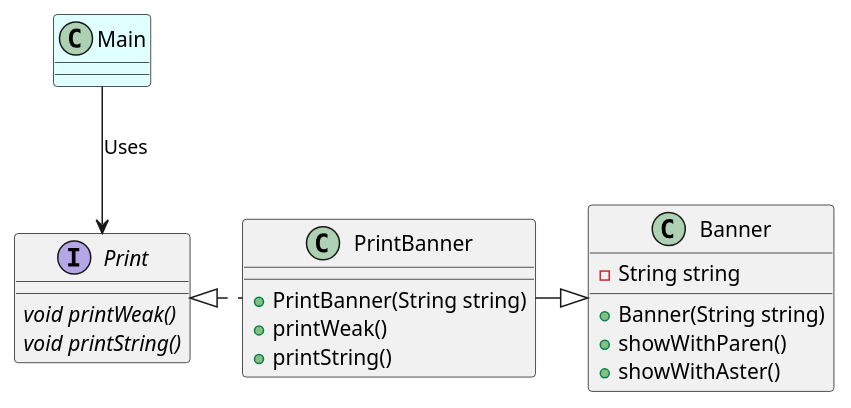
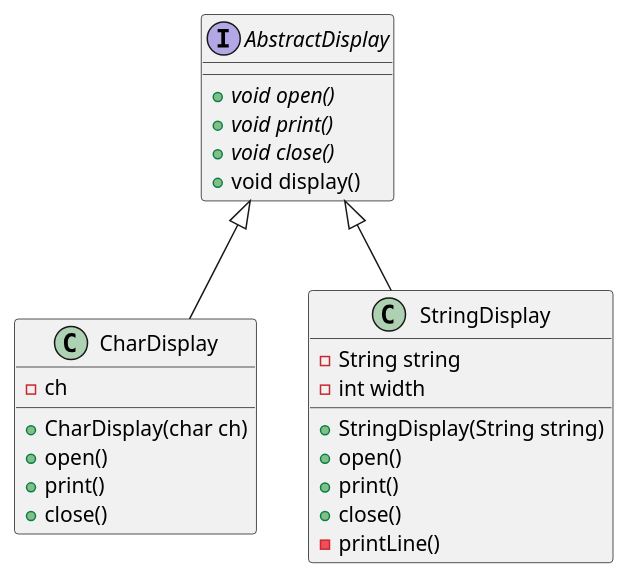
Before and after one commit to ku2ma2/design_pattern: the diagram in Template/README.md, drawn with PlantUML.

Commit message:
modified plantuml

````diff
--- a/Template/README.md
+++ b/Template/README.md
@@ -4,32 +4,35 @@
 ```uml
 @startuml
 
 
-Class Main #E0FFFF {
+interface AbstractDisplay {
+    {abstract} +void open()
+    {abstract} +void print()
+    {abstract} +void close()
+    +void display()
 }
 
-interface Print {
-    {abstract} void printWeak()
-    {abstract} void printString()
+class CharDisplay {
+    -ch
+    +CharDisplay(char ch)
+    +open()
+    +print()
+    +close()
 }
 
-class PrintBanner {
-    +PrintBanner(String string)
-    +printWeak()
-    +printString()
+class StringDisplay {
+  -String string
+  -int width
+  +StringDisplay(String string)
+  +open()
+  +print()
+  +close()
+  -printLine()
 }
 
-class Banner {
-  -String string
-  +Banner(String string)
-  +showWithParen()
-  +showWithAster()
-}
-
-Main -down-> Print : Uses
-PrintBanner .left-|> Print
-PrintBanner -right-|> Banner
+CharDisplay -up-|> AbstractDisplay
+StringDisplay -up-|> AbstractDisplay
 
 
 @enduml
 ```
````
